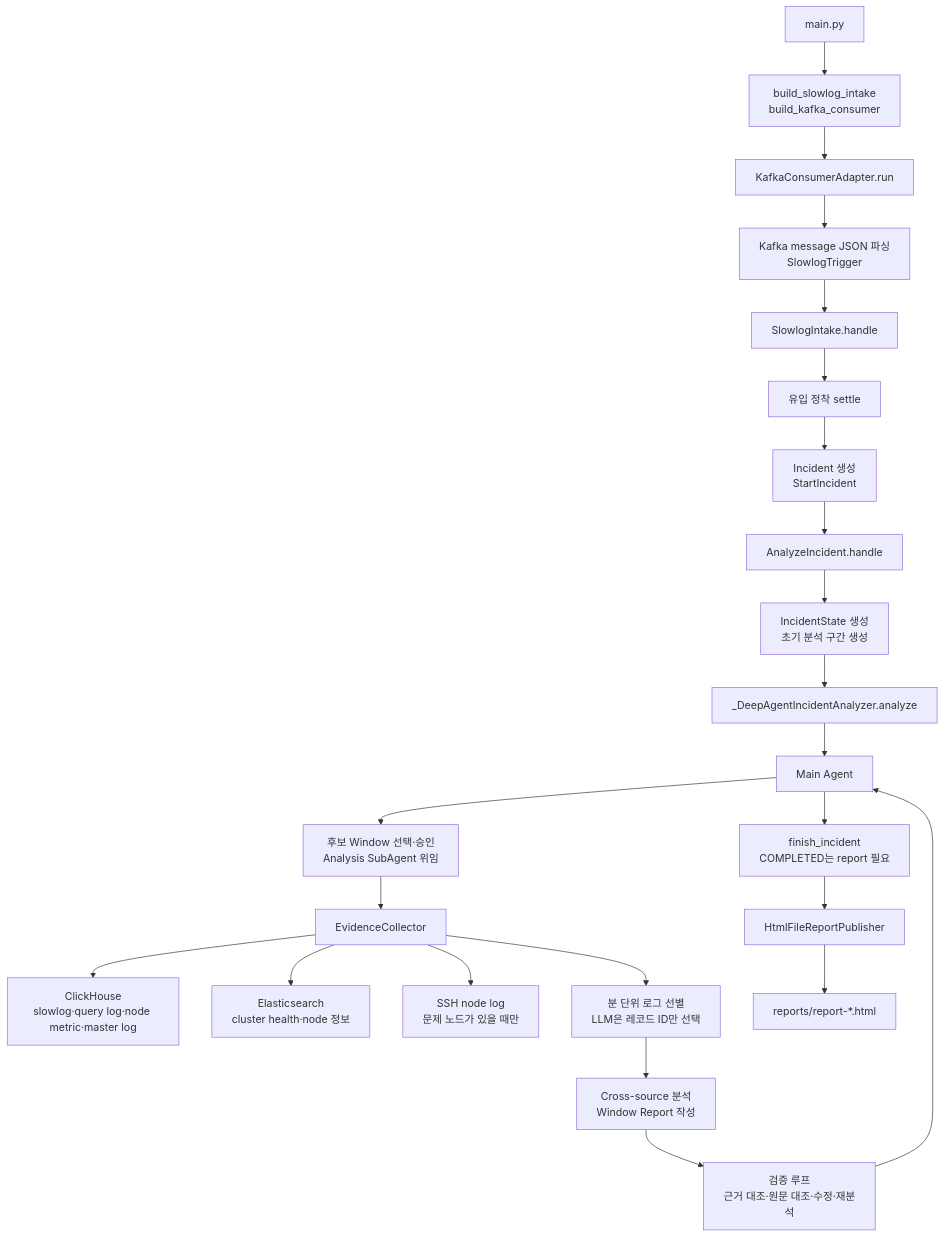
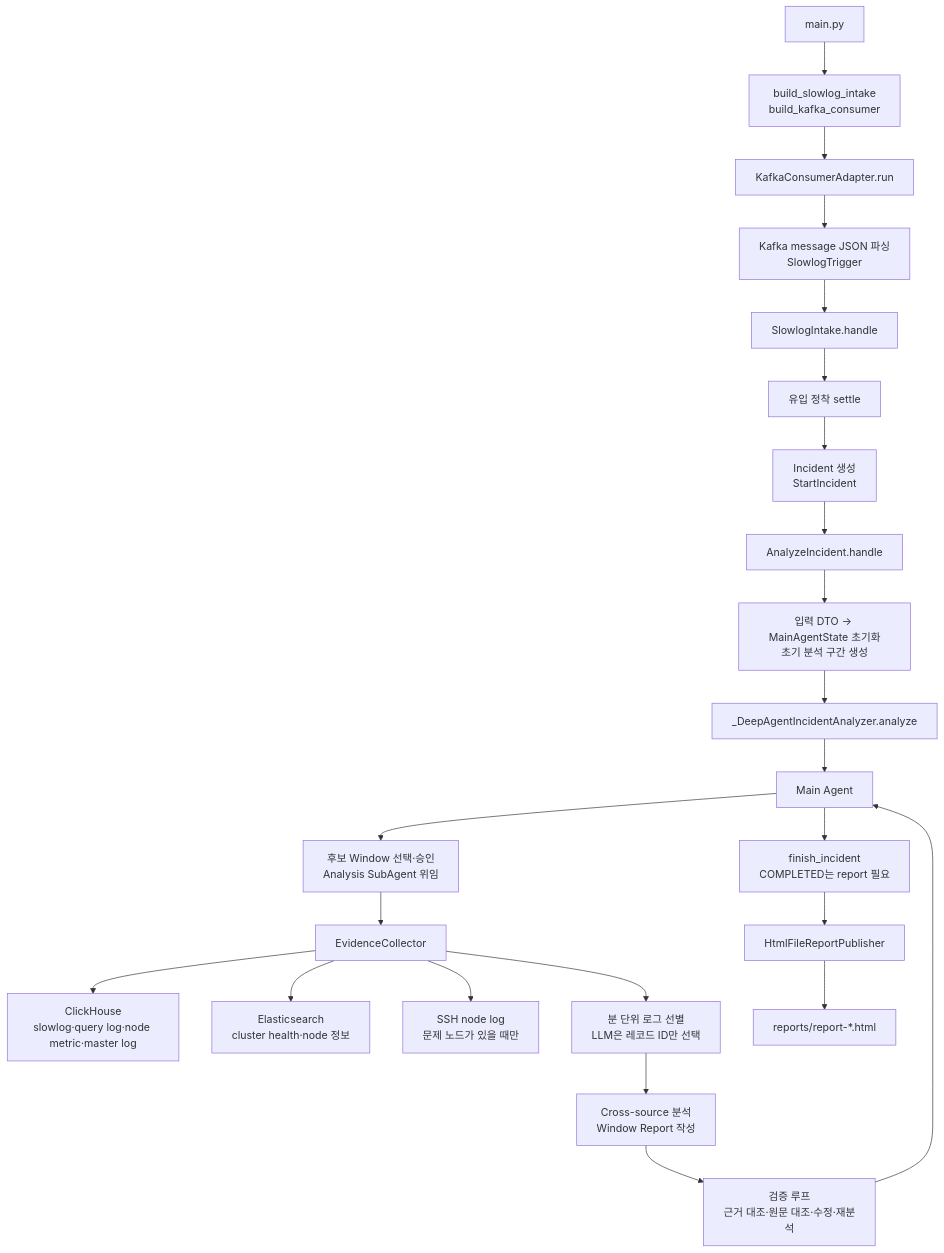
The diagram in README.md (BaektotheFuture98/ClusterDoctor), drawn with Mermaid before and after one commit. The commit also changed other lines of this file and 99 other files, not shown here.

````diff
--- a/README.md
+++ b/README.md
@@ -260,25 +262,25 @@
 ```mermaid
 flowchart TD
     A[main.py] --> B[build_slowlog_intake<br/>build_kafka_consumer]
     B --> C[KafkaConsumerAdapter.run]
     C --> D[Kafka message JSON 파싱<br/>SlowlogTrigger]
     D --> E[SlowlogIntake.handle]
     E --> F[유입 정착 settle]
     F --> G[Incident 생성<br/>StartIncident]
     G --> H[AnalyzeIncident.handle]
-    H --> I[IncidentState 생성<br/>초기 분석 구간 생성]
+    H --> I[입력 DTO → MainAgentState 초기화<br/>초기 분석 구간 생성]
     I --> J[_DeepAgentIncidentAnalyzer.analyze]
     J --> K[Main Agent]
     K --> L[후보 Window 선택·승인<br/>Analysis SubAgent 위임]
     L --> M[EvidenceCollector]
     M --> N[ClickHouse<br/>slowlog·query log·node metric·master log]
     M --> O[Elasticsearch<br/>cluster health·node 정보]
     M --> P[SSH node log<br/>문제 노드가 있을 때만]
     M --> Q[분 단위 로그 선별<br/>LLM은 레코드 ID만 선택]
     Q --> R[Cross-source 분석<br/>Window Report 작성]
     R --> S[검증 루프<br/>근거 대조·원문 대조·수정·재분석]
     S --> K
     K --> SF[finish_incident<br/>COMPLETED는 report 필요]
     SF --> U[HtmlFileReportPublisher]
     U --> V[reports/report-*.html]
 ```
````
